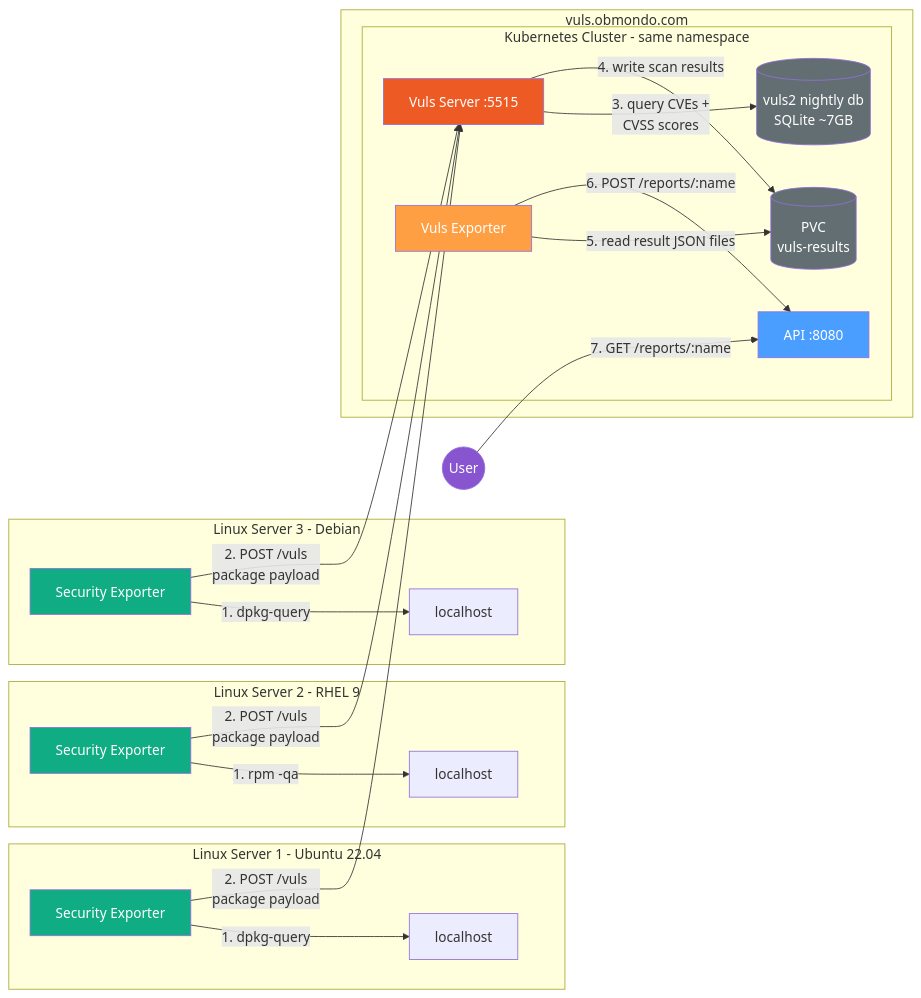
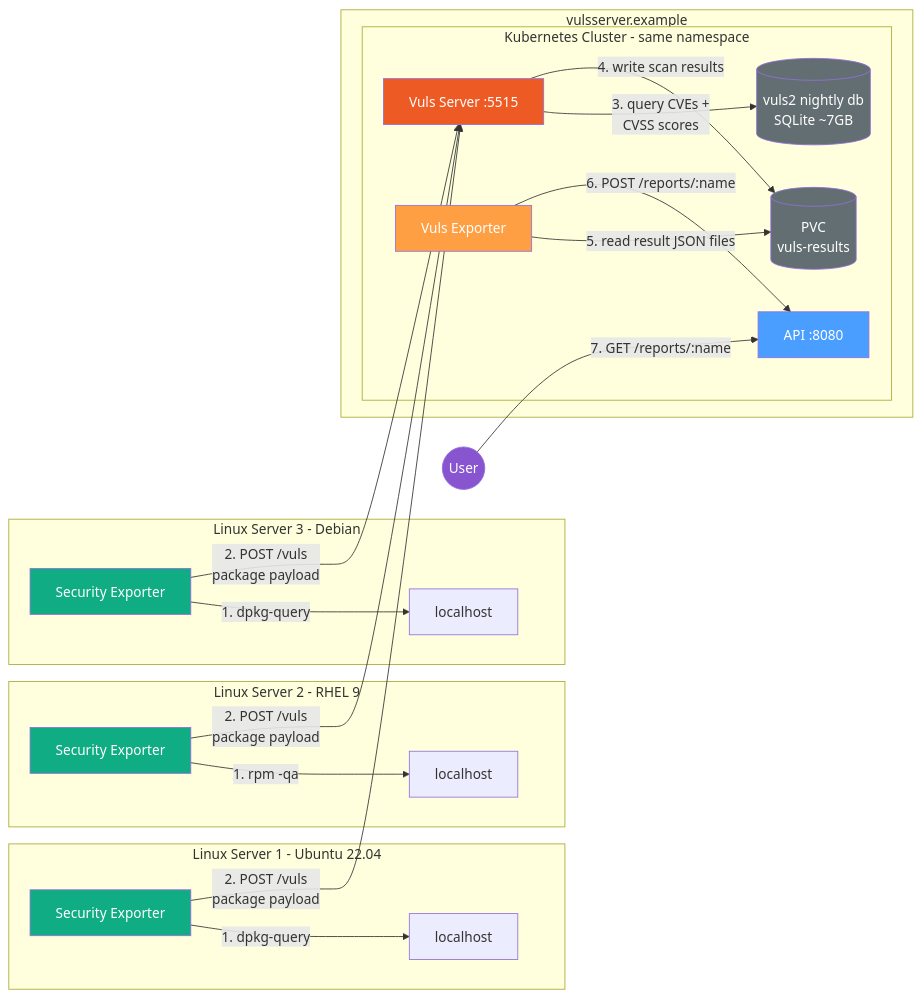
Before and after one commit to Obmondo/security-exporter: the diagram in architecture.md, drawn with Mermaid. The commit also changed other lines of this file and 3 other files, not shown here.

First line of the commit message:
chore: replace internal vuls server URL with example domain

````diff
--- a/architecture.md
+++ b/architecture.md
@@ -24,46 +24,46 @@
 ```mermaid
 graph LR
     subgraph Linux Server 1 - Ubuntu 22.04
         SE1[Security Exporter] -->|1. dpkg-query| N1[localhost]
     end
 
     subgraph Linux Server 2 - RHEL 9
         SE2[Security Exporter] -->|1. rpm -qa| N2[localhost]
     end
 
     subgraph Linux Server 3 - Debian
         SE3[Security Exporter] -->|1. dpkg-query| N3[localhost]
     end
 
-    subgraph vuls.obmondo.com
+    subgraph vulsserver.example
         subgraph Kubernetes Cluster - same namespace
             VS[Vuls Server :5515]
             VDB[(vuls2 nightly db<br>SQLite ~7GB)]
             VE[Vuls Exporter]
             API[API :8080]
             PVC[(PVC<br>vuls-results)]
         end
     end
 
     SE1 -->|2. POST /vuls<br>package payload| VS
     SE2 -->|2. POST /vuls<br>package payload| VS
     SE3 -->|2. POST /vuls<br>package payload| VS
 
     VS -->|3. query CVEs +<br>CVSS scores| VDB
     VS -->|4. write scan results| PVC
 
     VE -->|5. read result JSON files| PVC
     VE -->|6. POST /reports/:name| API
 
     USER((User)) -->|7. GET /reports/:name| API
 
     style API fill:#4a9eff,color:#fff
     style VE fill:#ff9f43,color:#fff
     style VS fill:#ee5a24,color:#fff
     style VDB fill:#636e72,color:#fff
     style SE1 fill:#10ac84,color:#fff
     style SE2 fill:#10ac84,color:#fff
     style SE3 fill:#10ac84,color:#fff
     style USER fill:#8854d0,color:#fff
     style PVC fill:#636e72,color:#fff
 ```
````
